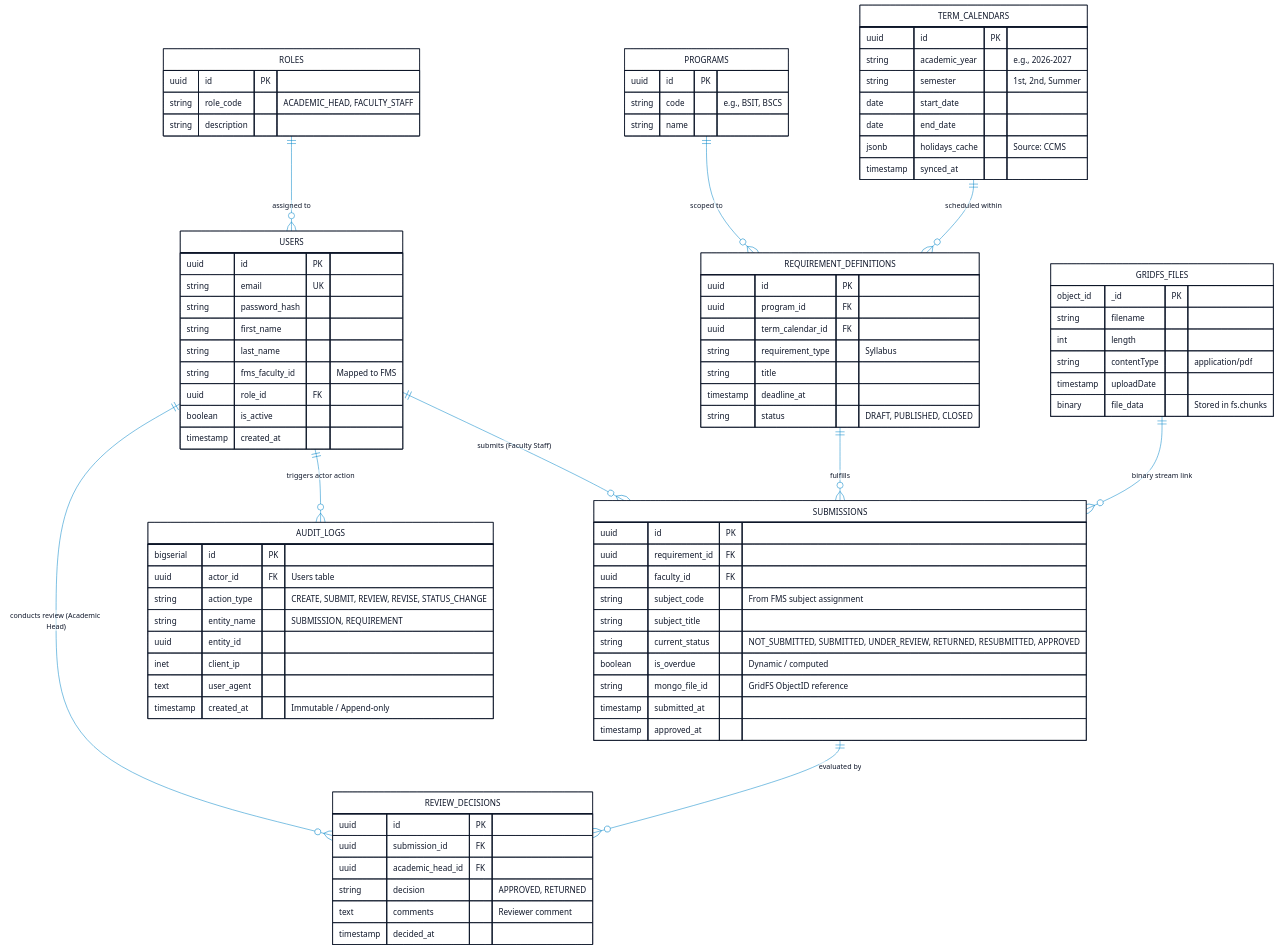
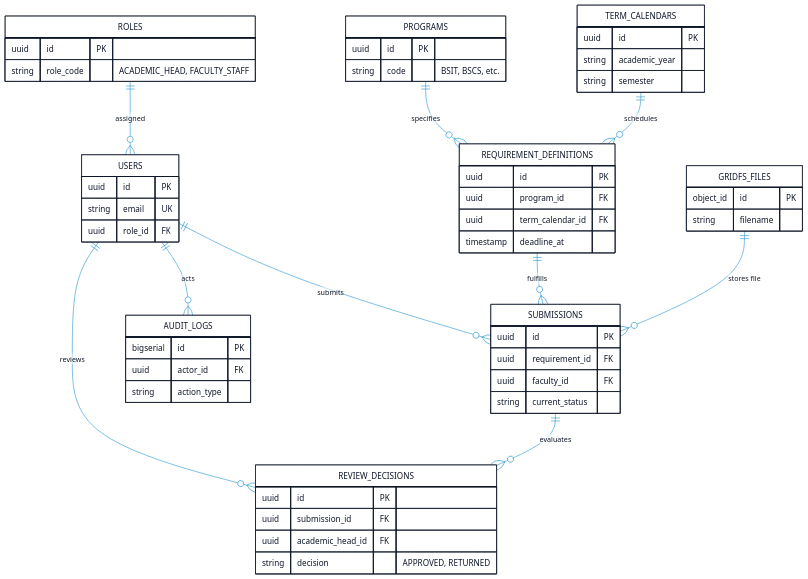
One commit to EducRodTablizo/Capstone-SCMS changed the third of 7 diagrams in docs/system_architecture_and_diagrams.md. Above: the diagram before and after it, drawn with Mermaid. The commit also changed other lines of this file and 70 other files, not shown here.

````diff
--- a/docs/system_architecture_and_diagrams.md
+++ b/docs/system_architecture_and_diagrams.md
@@ -125,72 +132,50 @@
 ```mermaid
 %%{init: {'theme': 'base', 'themeVariables': { 'darkMode': false, 'background': '#FFFFFF', 'primaryColor': '#FFFFFF', 'primaryTextColor': '#0F172A', 'primaryBorderColor': '#0F172A', 'lineColor': '#0284C7', 'textColor': '#0F172A' }}}%%
 erDiagram
-    %% Core Relationships
-    USERS ||--o{ SUBMISSIONS : "submits (Faculty Staff)"
-    USERS ||--o{ REVIEW_DECISIONS : "conducts review (Academic Head)"
-    USERS ||--o{ AUDIT_LOGS : "triggers actor action"
-    ROLES ||--o{ USERS : "assigned to"
-    PROGRAMS ||--o{ REQUIREMENT_DEFINITIONS : "scoped to"
-    TERM_CALENDARS ||--o{ REQUIREMENT_DEFINITIONS : "scheduled within"
+    USERS ||--o{ SUBMISSIONS : "submits"
+    USERS ||--o{ REVIEW_DECISIONS : "reviews"
+    USERS ||--o{ AUDIT_LOGS : "acts"
+    ROLES ||--o{ USERS : "assigned"
+    PROGRAMS ||--o{ REQUIREMENT_DEFINITIONS : "specifies"
+    TERM_CALENDARS ||--o{ REQUIREMENT_DEFINITIONS : "schedules"
     REQUIREMENT_DEFINITIONS ||--o{ SUBMISSIONS : "fulfills"
-    SUBMISSIONS ||--o{ REVIEW_DECISIONS : "evaluated by"
+    SUBMISSIONS ||--o{ REVIEW_DECISIONS : "evaluates"
+    GRIDFS_FILES ||--o{ SUBMISSIONS : "stores file"
 
-    %% Relational Tables
     USERS {
         uuid id PK
         string email UK
-        string password_hash
-        string first_name
-        string last_name
-        string fms_faculty_id "Mapped to FMS"
         uuid role_id FK
-        boolean is_active
-        timestamp created_at
     }
 
     ROLES {
         uuid id PK
         string role_code "ACADEMIC_HEAD, FACULTY_STAFF"
-        string description
     }
 
     PROGRAMS {
         uuid id PK
-        string code "e.g., BSIT, BSCS"
-        string name
+        string code "BSIT, BSCS, etc."
     }
 
     TERM_CALENDARS {
         uuid id PK
-        string academic_year "e.g., 2026-2027"
-        string semester "1st, 2nd, Summer"
-        date start_date
-        date end_date
-        jsonb holidays_cache "Source: CCMS"
-        timestamp synced_at
+        string academic_year
+        string semester
     }
 
     REQUIREMENT_DEFINITIONS {
         uuid id PK
         uuid program_id FK
         uuid term_calendar_id FK
-        string requirement_type "Syllabus"
-        string title
         timestamp deadline_at
-        string status "DRAFT, PUBLISHED, CLOSED"
     }
 
     SUBMISSIONS {
         uuid id PK
         uuid requirement_id FK
         uuid faculty_id FK
-        string subject_code "From FMS subject assignment"
-        string subject_title
-        string current_status "NOT_SUBMITTED, SUBMITTED, UNDER_REVIEW, RETURNED, RESUBMITTED, APPROVED"
-        boolean is_overdue "Dynamic / computed"
-        string mongo_file_id "GridFS ObjectID reference"
-        timestamp submitted_at
-        timestamp approved_at
+        string current_status
     }
 
     REVIEW_DECISIONS {
@@ -198,30 +183,16 @@
         uuid submission_id FK
         uuid academic_head_id FK
         string decision "APPROVED, RETURNED"
-        text comments "Reviewer comment"
-        timestamp decided_at
     }
 
     AUDIT_LOGS {
         bigserial id PK
-        uuid actor_id FK "Users table"
-        string action_type "CREATE, SUBMIT, REVIEW, REVISE, STATUS_CHANGE"
-        string entity_name "SUBMISSION, REQUIREMENT"
-        uuid entity_id
-        inet client_ip
-        text user_agent
-        timestamp created_at "Immutable / Append-only"
+        uuid actor_id FK
+        string action_type
     }
 
-    %% MongoDB Collections
-    GRIDFS_FILES ||--o{ SUBMISSIONS : "binary stream link"
-
     GRIDFS_FILES {
-        object_id _id PK
+        object_id id PK
         string filename
-        int length
-        string contentType "application/pdf"
-        timestamp uploadDate
-        binary file_data "Stored in fs.chunks"
     }
 ```
````
